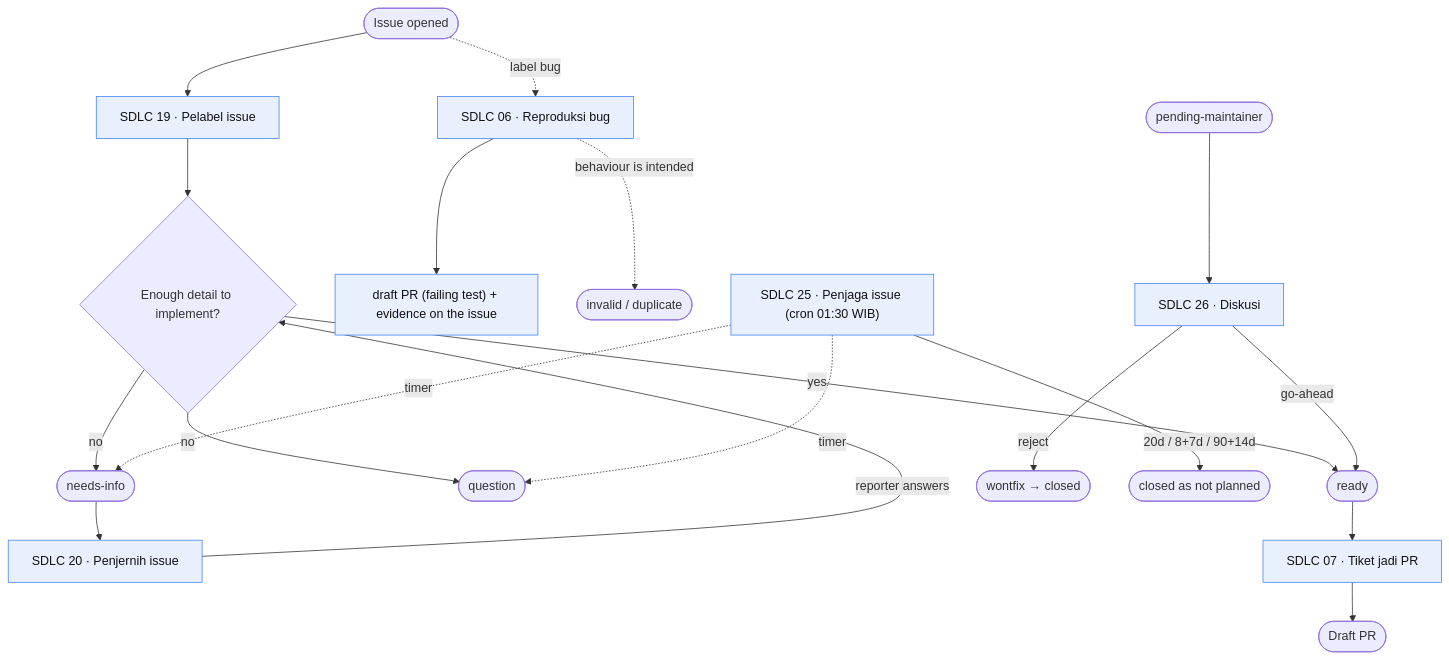
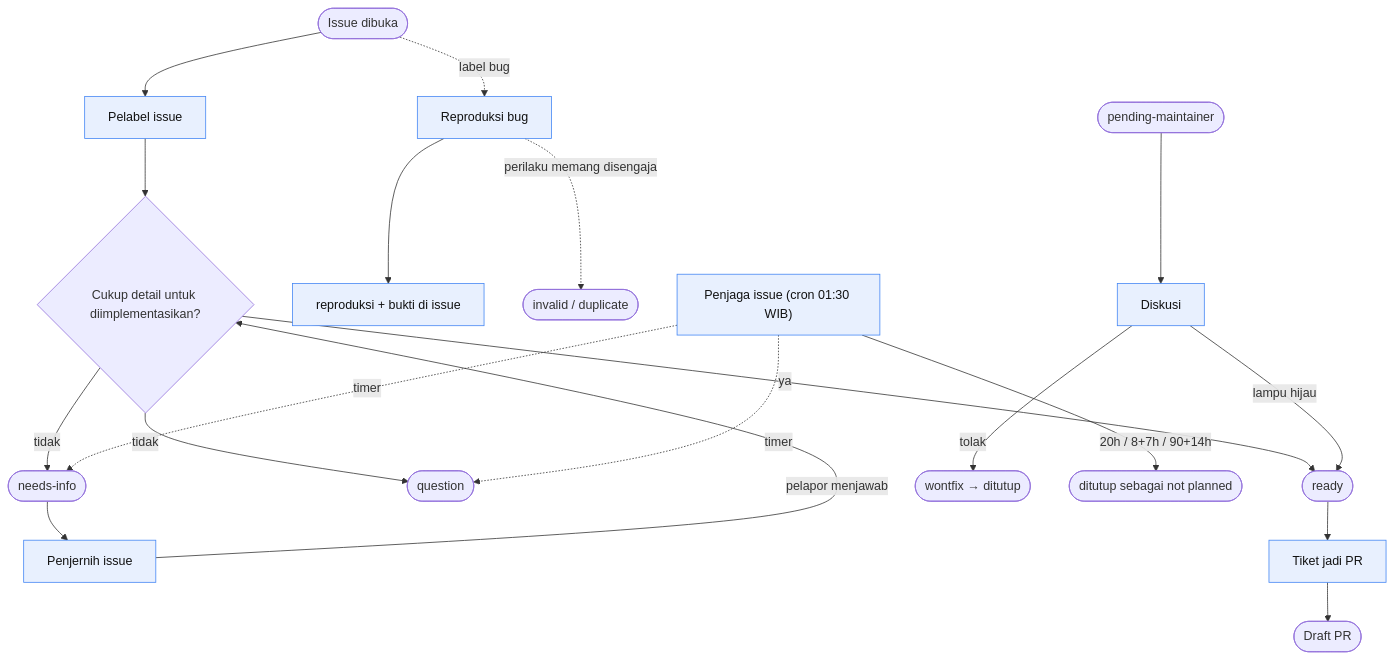
One commit to ypcipansor/cipansor changed the third of 6 diagrams in docs/SDLC-FLOW.md. Above: the diagram before and after it, drawn with Mermaid. The commit also changed other lines of this file and 21 other files, not shown here.

````diff
--- a/docs/SDLC-FLOW.md
+++ b/docs/SDLC-FLOW.md
@@ -76,29 +338,29 @@
 ```mermaid
 flowchart TD
   classDef cloud fill:#e8f0fe,stroke:#4285f4,color:#111;
   classDef human fill:#e9f7ef,stroke:#27ae60,color:#111;
 
-  I([Issue opened]) --> C19["SDLC 19 · Pelabel issue"]:::cloud
-  C19 --> D{"Enough detail to implement?"}
-  D -- yes --> R(["ready"])
-  D -- no --> Q(["question"])
-  D -- no --> NI(["needs-info"])
+  I([Issue dibuka]) --> C15["Pelabel issue"]:::cloud
+  C15 --> D{"Cukup detail untuk diimplementasikan?"}
+  D -- ya --> R(["ready"])
+  D -- tidak --> Q(["question"])
+  D -- tidak --> NI(["needs-info"])
 
-  NI --> C20["SDLC 20 · Penjernih issue"]:::cloud
-  C20 -- "reporter answers" --> D
+  NI --> C16["Penjernih issue"]:::cloud
+  C16 -- "pelapor menjawab" --> D
 
-  I -. "label bug" .-> C6["SDLC 06 · Reproduksi bug"]:::cloud
-  C6 --> BUG["draft PR (failing test) + evidence on the issue"]:::cloud
-  C6 -. "behaviour is intended" .-> INV(["invalid / duplicate"])
+  I -. "label bug" .-> C5["Reproduksi bug"]:::cloud
+  C5 --> BUG["reproduksi + bukti di issue"]:::cloud
+  C5 -. "perilaku memang disengaja" .-> INV(["invalid / duplicate"])
 
-  PM(["pending-maintainer"]) --> C26["SDLC 26 · Diskusi"]:::cloud
-  C26 -- "go-ahead" --> R
-  C26 -- "reject" --> WF(["wontfix → closed"])
+  PM(["pending-maintainer"]) --> C22["Diskusi"]:::cloud
+  C22 -- "lampu hijau" --> R
+  C22 -- "tolak" --> WF(["wontfix → ditutup"])
 
-  R --> C7["SDLC 07 · Tiket jadi PR"]:::cloud --> DPR([Draft PR])
+  R --> C6["Tiket jadi PR"]:::cloud --> DPR([Draft PR])
 
-  C25["SDLC 25 · Penjaga issue (cron 01:30 WIB)"]:::cloud
-  C25 -. "timer" .-> NI
-  C25 -. "timer" .-> Q
-  C25 -- "20d / 8+7d / 90+14d" --> CL(["closed as not planned"])
+  C21["Penjaga issue (cron 01:30 WIB)"]:::cloud
+  C21 -. "timer" .-> NI
+  C21 -. "timer" .-> Q
+  C21 -- "20h / 8+7h / 90+14h" --> CL(["ditutup sebagai not planned"])
 ```
````
